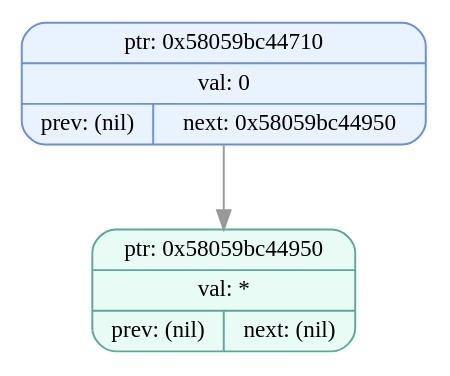
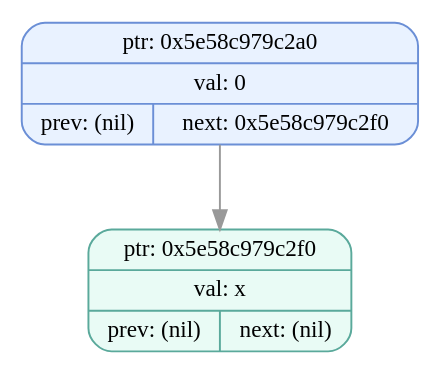
One commit to EvilTomato9890/Difference changed the diagram in dumps/tree_dump_000.dot. Above: the diagram before and after it, drawn with Graphviz. The commit also changed 42 other files, not shown here.

```diff
--- a/dumps/tree_dump_000.dot
+++ b/dumps/tree_dump_000.dot
@@ -1,7 +1,7 @@
 digraph T{
   node [fontname="Fira Mono",shape=record,style="filled,rounded",fontsize=12];
   graph [splines=true, nodesep=0.6, ranksep=0.6];
-  node_0x58059bc44710[shape=record,label="{ {ptr: 0x58059bc44710} | {val: 0} | { prev: (nil) | next: 0x58059bc44950 } }",color="#6b8fd6",fillcolor="#e9f2ff"];
-  node_0x58059bc44950[shape=record,label="{ {ptr: 0x58059bc44950} | {val: *} | { prev: (nil) | next: (nil) } }",color="#5aa99b",fillcolor="#e9fbf5"];
-  node_0x58059bc44710 -> node_0x58059bc44950 [color="#999999"];
+  node_0x5e58c979c2a0[shape=record,label="{ {ptr: 0x5e58c979c2a0} | {val: 0} | { prev: (nil) | next: 0x5e58c979c2f0 } }",color="#6b8fd6",fillcolor="#e9f2ff"];
+  node_0x5e58c979c2f0[shape=record,label="{ {ptr: 0x5e58c979c2f0} | {val: x} | { prev: (nil) | next: (nil) } }",color="#5aa99b",fillcolor="#e9fbf5"];
+  node_0x5e58c979c2a0 -> node_0x5e58c979c2f0 [color="#999999"];
 }
```
